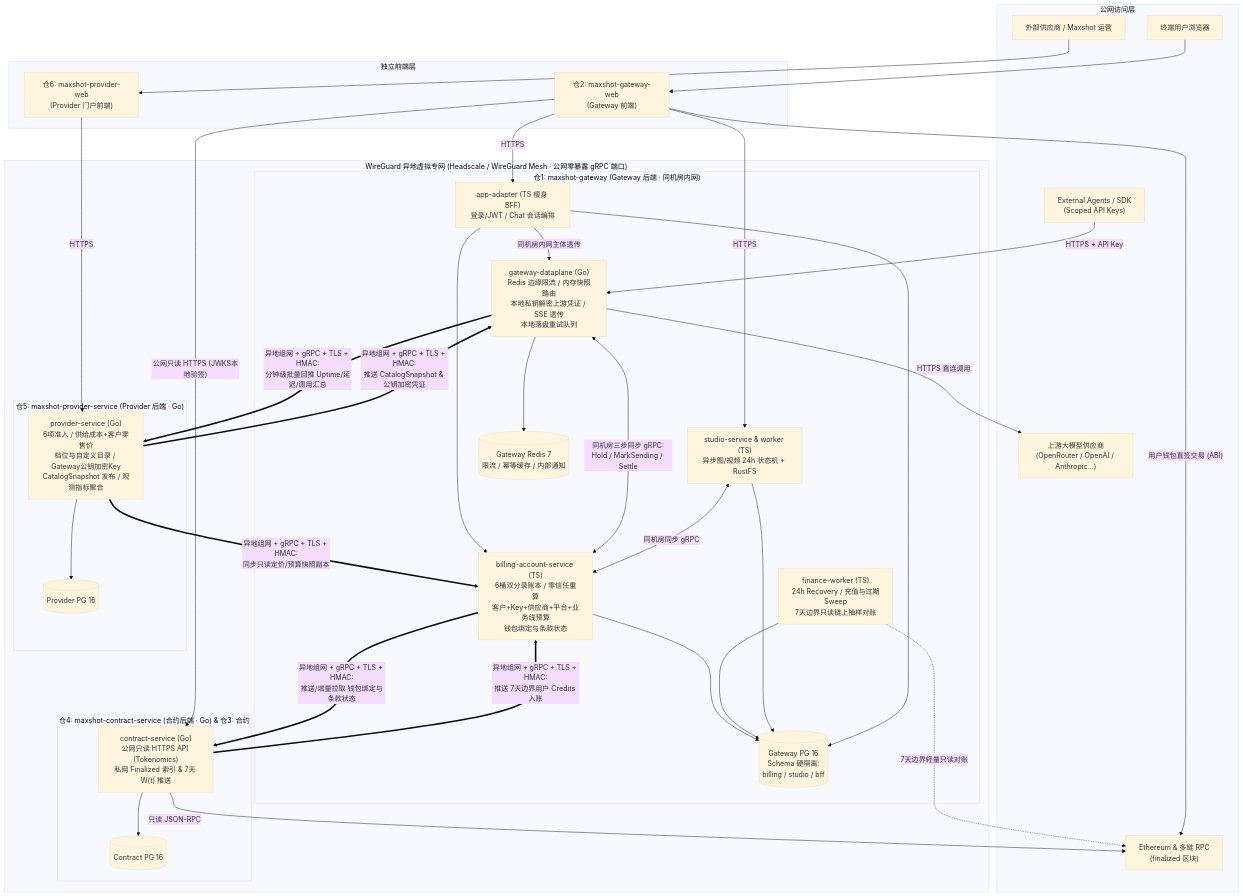
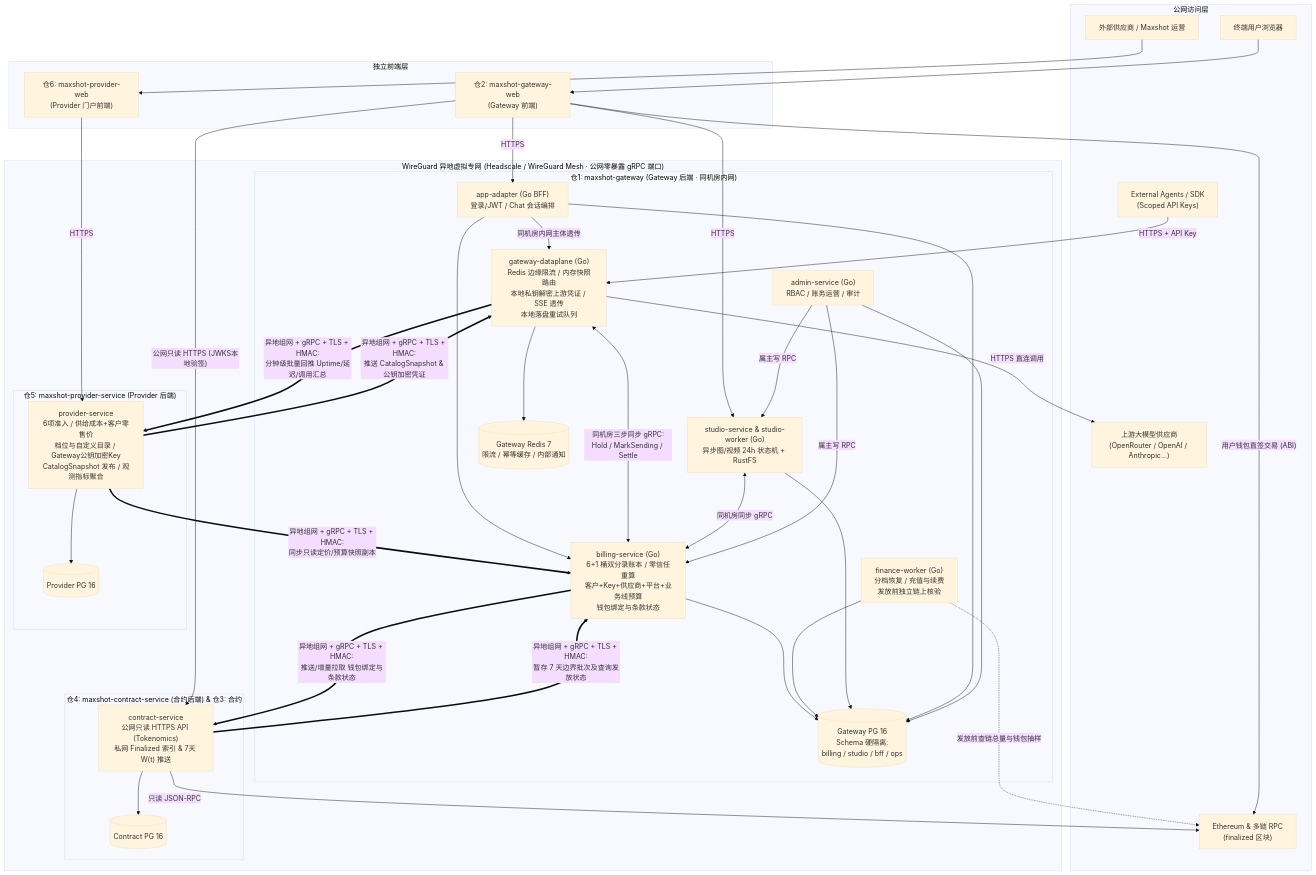
One commit to MaxShotLab/maxshot-proto changed the first of 2 diagrams in architecture/six-repo-mesh-architecture.md. Above: the diagram before and after it, drawn with Mermaid (base theme). The commit also changed other lines of this file and 11 other files, not shown here.

````diff
--- a/architecture/six-repo-mesh-architecture.md
+++ b/architecture/six-repo-mesh-architecture.md
@@ -33,70 +33,74 @@
 ```mermaid
 flowchart TB
     subgraph PublicUsers["公网访问层"]
         U_WEB["终端用户浏览器"]
         U_API["External Agents / SDK<br/>(Scoped API Keys)"]
         U_VENDOR["外部供应商 / Maxshot 运营"]
         ETH["Ethereum & 多链 RPC<br/>(finalized 区块)"]
         UPSTREAM["上游大模型供应商<br/>(OpenRouter / OpenAI / Anthropic...)"]
     end
 
     subgraph WebFrontends["独立前端层"]
         GW_WEB["仓2: maxshot-gateway-web<br/>(Gateway 前端)"]
         PRV_WEB["仓6: maxshot-provider-web<br/>(Provider 门户前端)"]
     end
 
     subgraph OverlayMesh["WireGuard 异地虚拟专网 (Headscale / WireGuard Mesh · 公网零暴露 gRPC 端口)"]
         subgraph Repo1["仓1: maxshot-gateway (Gateway 后端 · 同机房内网)"]
             GW_GO["gateway-dataplane (Go)<br/>Redis 边缘限流 / 内存快照路由<br/>本地私钥解密上游凭证 / SSE 透传<br/>本地落盘重试队列"]
-            BILL_TS["billing-account-service (TS)<br/>6桶双分录账本 / 零信任重算<br/>客户+Key+供应商+平台+业务线预算<br/>钱包绑定与条款状态"]
-            FIN_WK["finance-worker (TS)<br/>24h Recovery / 充值与过期Sweep<br/>7天边界只读链上抽样对账"]
-            STUDIO_TS["studio-service & worker (TS)<br/>异步图/视频 24h 状态机 + RustFS"]
-            BFF_TS["app-adapter (TS 瘦身 BFF)<br/>登录/JWT / Chat 会话编排"]
-            PG_GW[("Gateway PG 16<br/>Schema 硬隔离:<br/>billing / studio / bff")]
+            BILL["billing-service (Go)<br/>6+1 桶双分录账本 / 零信任重算<br/>客户+Key+供应商+平台+业务线预算<br/>钱包绑定与条款状态"]
+            FIN_WK["finance-worker (Go)<br/>分档恢复 / 充值与续费<br/>发放前独立链上核验"]
+            STUDIO["studio-service & studio-worker (Go)<br/>异步图/视频 24h 状态机 + RustFS"]
+            BFF["app-adapter (Go BFF)<br/>登录/JWT / Chat 会话编排"]
+            ADMIN["admin-service (Go)<br/>RBAC / 账务运营 / 审计"]
+            PG_GW[("Gateway PG 16<br/>Schema 硬隔离:<br/>billing / studio / bff / ops")]
             REDIS_GW[("Gateway Redis 7<br/>限流 / 幂等缓存 / 内部通知")]
         end
 
-        subgraph Repo5["仓5: maxshot-provider-service (Provider 后端 · Go)"]
-            PRV_GO["provider-service (Go)<br/>6项准入 / 供给成本+客户零售价<br/>档位与自定义目录 / Gateway公钥加密Key<br/>CatalogSnapshot 发布 / 观测指标聚合"]
+        subgraph Repo5["仓5: maxshot-provider-service (Provider 后端)"]
+            PRV_GO["provider-service<br/>6项准入 / 供给成本+客户零售价<br/>档位与自定义目录 / Gateway公钥加密Key<br/>CatalogSnapshot 发布 / 观测指标聚合"]
             PG_PRV[("Provider PG 16")]
         end
 
-        subgraph Repo4["仓4: maxshot-contract-service (合约后端 · Go) & 仓3: 合约"]
-            CNT_GO["contract-service (Go)<br/>公网只读 HTTPS API (Tokenomics)<br/>私网 Finalized 索引 & 7天 W(t) 推送"]
+        subgraph Repo4["仓4: maxshot-contract-service (合约后端) & 仓3: 合约"]
+            CNT_GO["contract-service<br/>公网只读 HTTPS API (Tokenomics)<br/>私网 Finalized 索引 & 7天 W(t) 推送"]
             PG_CNT[("Contract PG 16")]
         end
     end
 
     U_WEB --> GW_WEB
-    GW_WEB -->|"HTTPS"| BFF_TS
-    GW_WEB -->|"HTTPS"| STUDIO_TS
+    GW_WEB -->|"HTTPS"| BFF
+    GW_WEB -->|"HTTPS"| STUDIO
     GW_WEB -->|"公网只读 HTTPS (JWKS本地验签)"| CNT_GO
     GW_WEB -->|"用户钱包直签交易 (ABI)"| ETH
     U_API -->|"HTTPS + API Key"| GW_GO
     U_VENDOR --> PRV_WEB
     PRV_WEB -->|"HTTPS"| PRV_GO
 
-    BFF_TS -->|"同机房内网主体透传"| GW_GO
-    BFF_TS --> BILL_TS
+    BFF -->|"同机房内网主体透传"| GW_GO
+    BFF --> BILL
     GW_GO --> REDIS_GW
-    GW_GO <-->|"同机房三步同步 gRPC:<br/>Hold / MarkSending / Settle"| BILL_TS
-    STUDIO_TS <-->|"同机房同步 gRPC"| BILL_TS
-    BILL_TS --> PG_GW
+    GW_GO <-->|"同机房三步同步 gRPC:<br/>Hold / MarkSending / Settle"| BILL
+    STUDIO <-->|"同机房同步 gRPC"| BILL
+    BILL --> PG_GW
     FIN_WK --> PG_GW
-    STUDIO_TS --> PG_GW
-    BFF_TS --> PG_GW
+    STUDIO --> PG_GW
+    BFF --> PG_GW
+    ADMIN --> PG_GW
+    ADMIN -->|"属主写 RPC"| BILL
+    ADMIN -->|"属主写 RPC"| STUDIO
 
     GW_GO -->|"HTTPS 直连调用"| UPSTREAM
     CNT_GO -->|"只读 JSON-RPC"| ETH
-    FIN_WK -.->|"7天边界轻量只读对账"| ETH
+    FIN_WK -.->|"发放前查链总量与钱包抽样"| ETH
 
     PRV_GO ==>|"异地组网 + gRPC + TLS + HMAC:<br/>推送 CatalogSnapshot & 公钥加密凭证"| GW_GO
-    PRV_GO ==>|"异地组网 + gRPC + TLS + HMAC:<br/>同步只读定价/预算快照副本"| BILL_TS
+    PRV_GO ==>|"异地组网 + gRPC + TLS + HMAC:<br/>同步只读定价/预算快照副本"| BILL
     GW_GO ==>|"异地组网 + gRPC + TLS + HMAC:<br/>分钟级批量回推 Uptime/延迟/调用汇总"| PRV_GO
 
-    BILL_TS ==>|"异地组网 + gRPC + TLS + HMAC:<br/>推送/增量拉取 钱包绑定与条款状态"| CNT_GO
-    CNT_GO ==>|"异地组网 + gRPC + TLS + HMAC:<br/>推送 7天边界用户 Credits 入账"| BILL_TS
+    BILL ==>|"异地组网 + gRPC + TLS + HMAC:<br/>推送/增量拉取 钱包绑定与条款状态"| CNT_GO
+    CNT_GO ==>|"异地组网 + gRPC + TLS + HMAC:<br/>暂存 7 天边界批次及查询发放状态"| BILL
 
     PRV_GO --> PG_PRV
     CNT_GO --> PG_CNT
 ```
````
